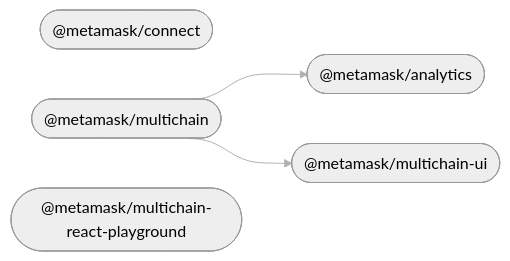
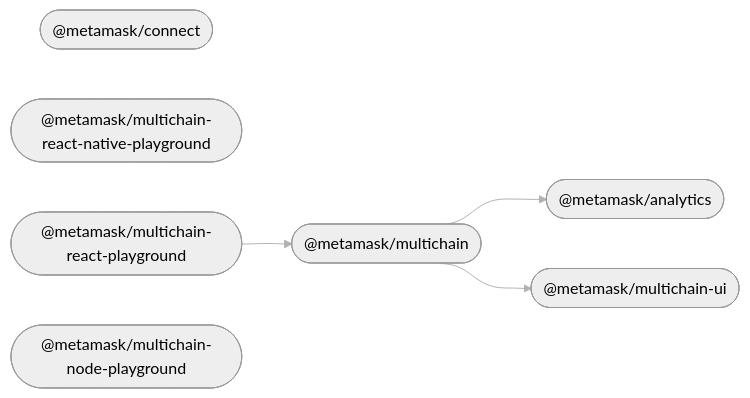
One commit to MetaMask/connect-monorepo changed the diagram in README.md. Above: the diagram before and after it, drawn with Mermaid (neutral theme). The commit also changed other lines of this file and 14 other files, not shown here.

Commit message:
feat: boilerplate react native playground

````diff
--- a/README.md
+++ b/README.md
@@ -48,12 +50,15 @@
 ```mermaid
 %%{ init: { 'flowchart': { 'curve': 'bumpX' } } }%%
 graph LR;
 linkStyle default opacity:0.5
   analytics(["@metamask/analytics"]);
   connect(["@metamask/connect"]);
   multichain(["@metamask/multichain"]);
+  multichain_react_native_playground(["@metamask/multichain-react-native-playground"]);
+  multichain_ui(["@metamask/multichain-ui"]);
   multichain_react_playground(["@metamask/multichain-react-playground"]);
-  multichain_ui(["@metamask/multichain-ui"]);
+  multichain_node_playground(["@metamask/multichain-node-playground"]);
   multichain --> analytics;
   multichain --> multichain_ui;
+  multichain_react_playground --> multichain;
 ```
````
